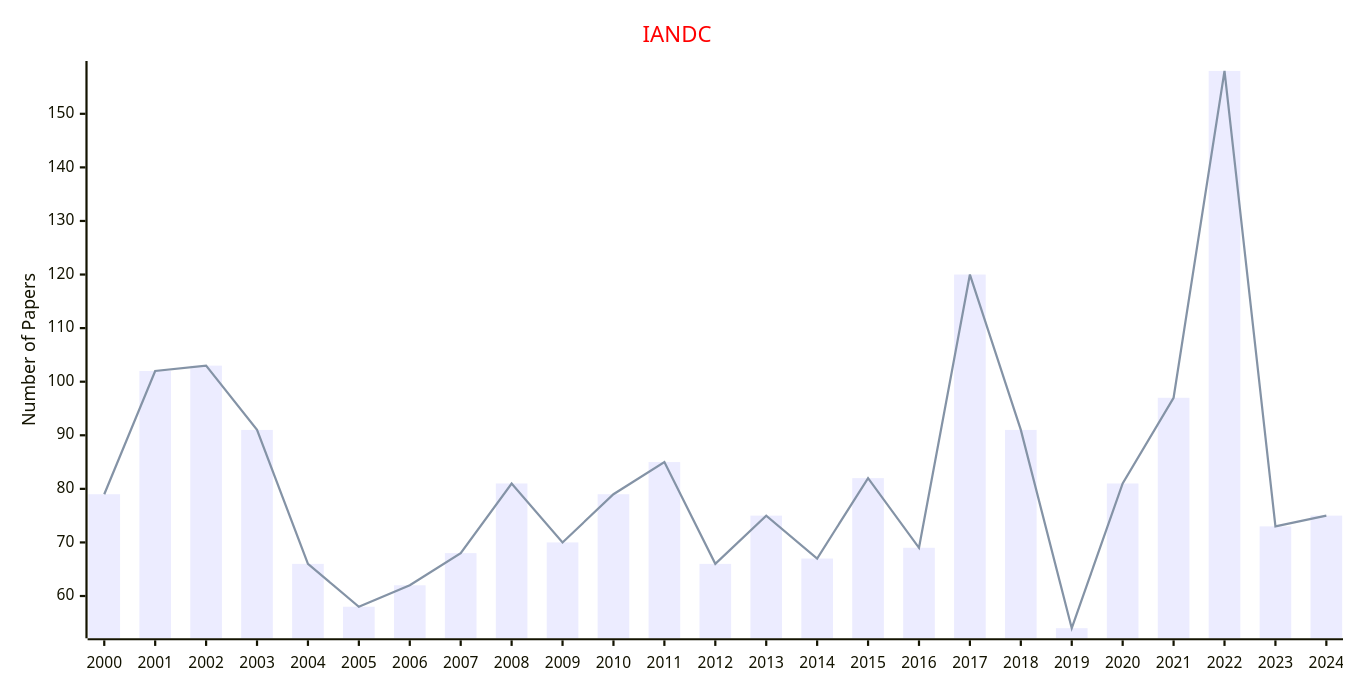
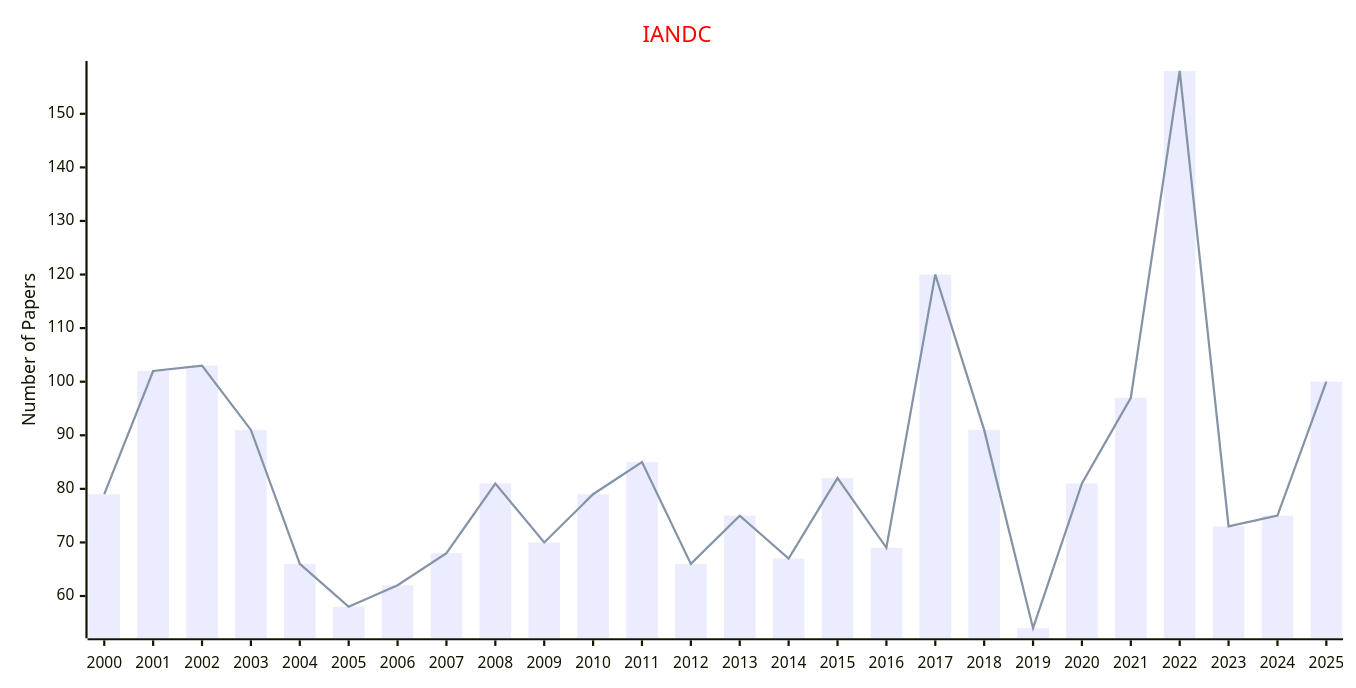
Before and after one commit to Easy-PhD/AILinks: the first of 2 diagrams in docs/data/Journals/Statistics_Journals/Theoretical_Computer_Science.md, drawn with Mermaid. The commit also changed other lines of this file and 107 other files, not shown here.

````diff
--- a/docs/data/Journals/Statistics_Journals/Theoretical_Computer_Science.md
+++ b/docs/data/Journals/Statistics_Journals/Theoretical_Computer_Science.md
@@ -9,17 +9,17 @@
 ```mermaid
 ---
 config:
     xyChart:
         width: 1200
         height: 600
     themeVariables:
         xyChart:
             titleColor: "#ff0000"
 ---
 xychart-beta
     title "IANDC"
-    x-axis [2000, 2001, 2002, 2003, 2004, 2005, 2006, 2007, 2008, 2009, 2010, 2011, 2012, 2013, 2014, 2015, 2016, 2017, 2018, 2019, 2020, 2021, 2022, 2023, 2024]
+    x-axis [2000, 2001, 2002, 2003, 2004, 2005, 2006, 2007, 2008, 2009, 2010, 2011, 2012, 2013, 2014, 2015, 2016, 2017, 2018, 2019, 2020, 2021, 2022, 2023, 2024, 2025]
     y-axis "Number of Papers"
-    bar [79, 102, 103, 91, 66, 58, 62, 68, 81, 70, 79, 85, 66, 75, 67, 82, 69, 120, 91, 54, 81, 97, 158, 73, 75]
-    line [79, 102, 103, 91, 66, 58, 62, 68, 81, 70, 79, 85, 66, 75, 67, 82, 69, 120, 91, 54, 81, 97, 158, 73, 75]
+    bar [79, 102, 103, 91, 66, 58, 62, 68, 81, 70, 79, 85, 66, 75, 67, 82, 69, 120, 91, 54, 81, 97, 158, 73, 75, 100]
+    line [79, 102, 103, 91, 66, 58, 62, 68, 81, 70, 79, 85, 66, 75, 67, 82, 69, 120, 91, 54, 81, 97, 158, 73, 75, 100]
 ```
````
